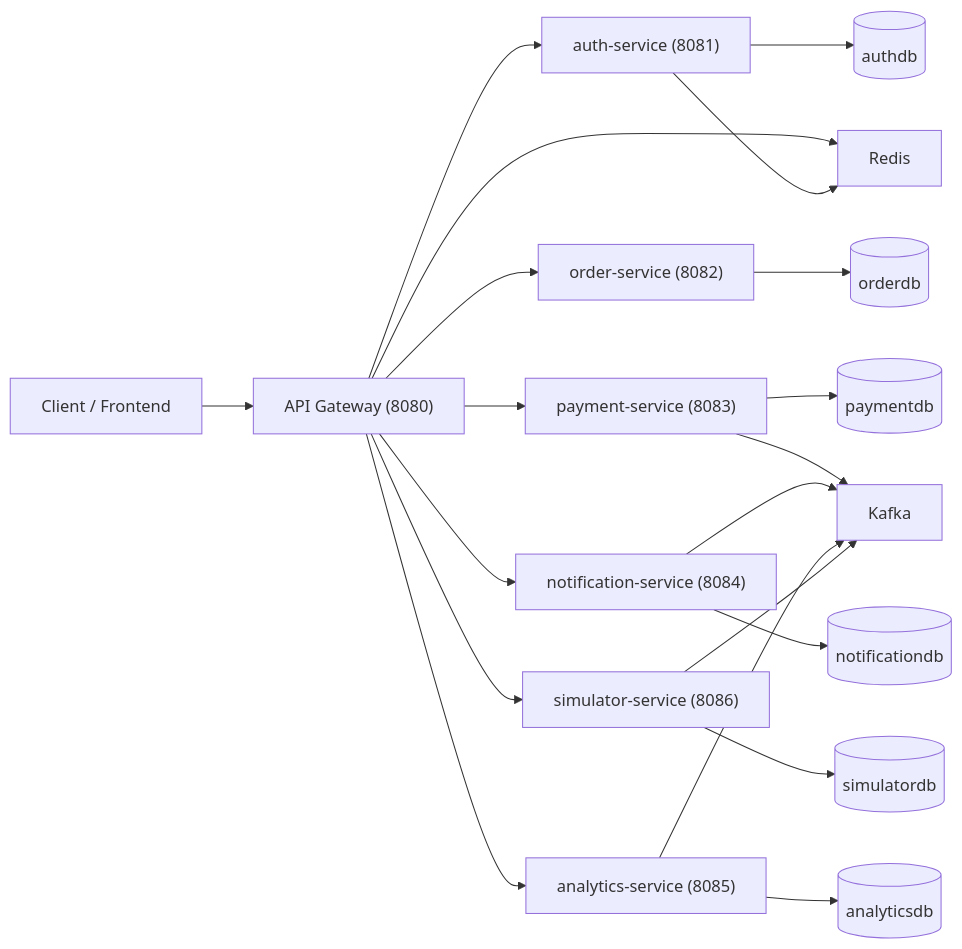
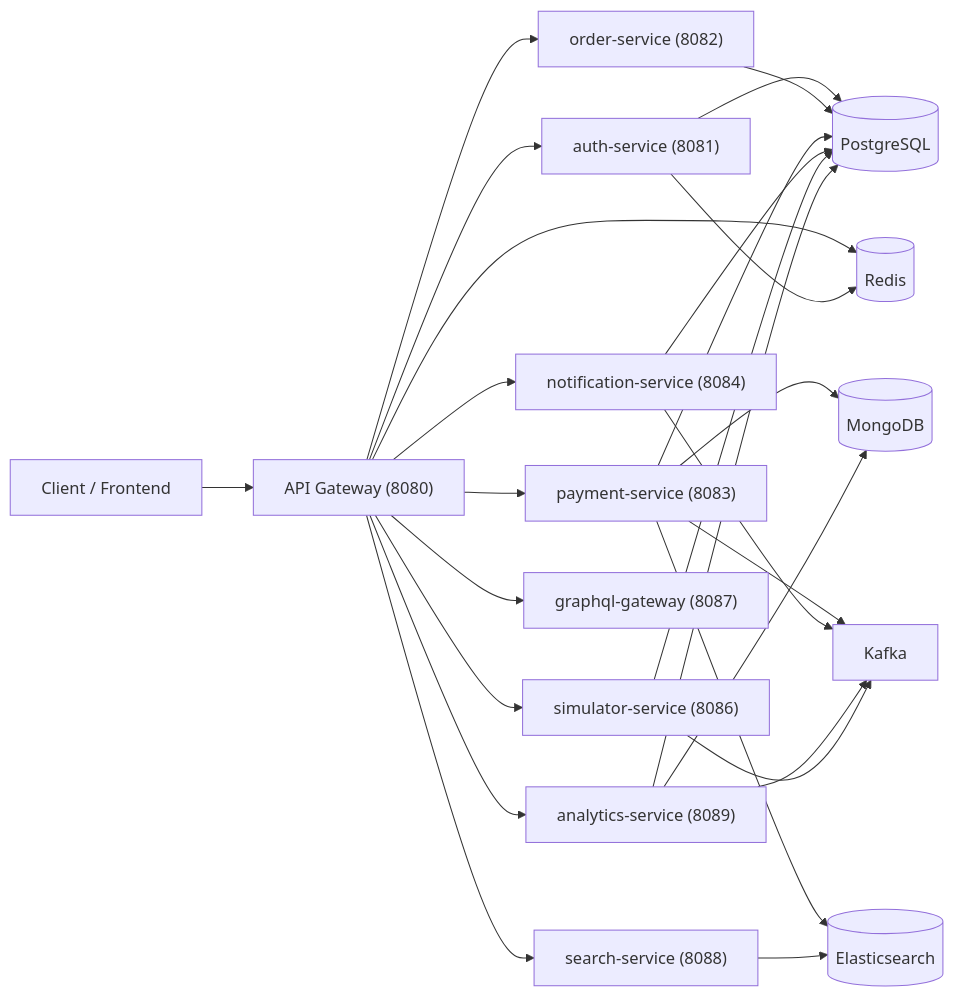
One commit to Drive10/payment-gateway changed the diagram in docs/ARCHITECTURE.md. Above: the diagram before and after it, drawn with Mermaid. The commit also changed other lines of this file and 22 other files, not shown here.

````diff
--- a/docs/ARCHITECTURE.md
+++ b/docs/ARCHITECTURE.md
@@ -5,26 +9,34 @@
 ```mermaid
 flowchart LR
     Client["Client / Frontend"] --> Gateway["API Gateway (8080)"]
 
     Gateway --> Auth["auth-service (8081)"]
     Gateway --> Order["order-service (8082)"]
     Gateway --> Payment["payment-service (8083)"]
     Gateway --> Notify["notification-service (8084)"]
-    Gateway --> Simulator["simulator-service (8086)"]
-    Gateway --> Analytics["analytics-service (8085)"]
+    Gateway --> Sim["simulator-service (8086)"]
+    Gateway --> GraphQL["graphql-gateway (8087)"]
+    Gateway --> Search["search-service (8088)"]
+    Gateway --> Analytics["analytics-service (8089)"]
 
-    Auth --> AuthDB[("authdb")]
-    Order --> OrderDB[("orderdb")]
-    Payment --> PaymentDB[("paymentdb")]
-    Notify --> NotifyDB[("notificationdb")]
-    Simulator --> SimDB[("simulatordb")]
-    Analytics --> AnalyticsDB[("analyticsdb")]
+    Auth --> Postgres[("PostgreSQL")]
+    Order --> Postgres
+    Payment --> Postgres
+    Notify --> Postgres
+    Sim --> Postgres
+    Analytics --> Postgres
+
+    Payment --> MongoDB[("MongoDB")]
+    Analytics --> MongoDB
+
+    Gateway --> Redis[("Redis")]
+    Auth --> Redis
 
     Payment --> Kafka["Kafka"]
     Notify --> Kafka
     Analytics --> Kafka
-    Simulator --> Kafka
+    Sim --> Kafka
 
-    Gateway --> Redis["Redis"]
-    Auth --> Redis
+    Payment --> Elasticsearch[("Elasticsearch")]
+    Search --> Elasticsearch
 ```
````
